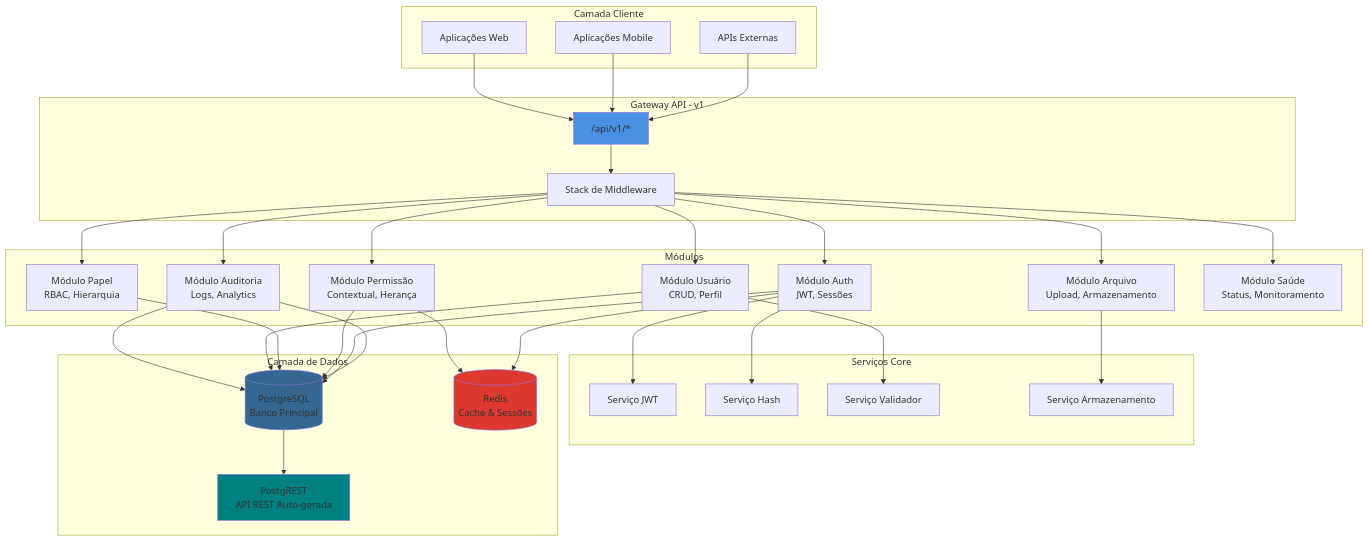
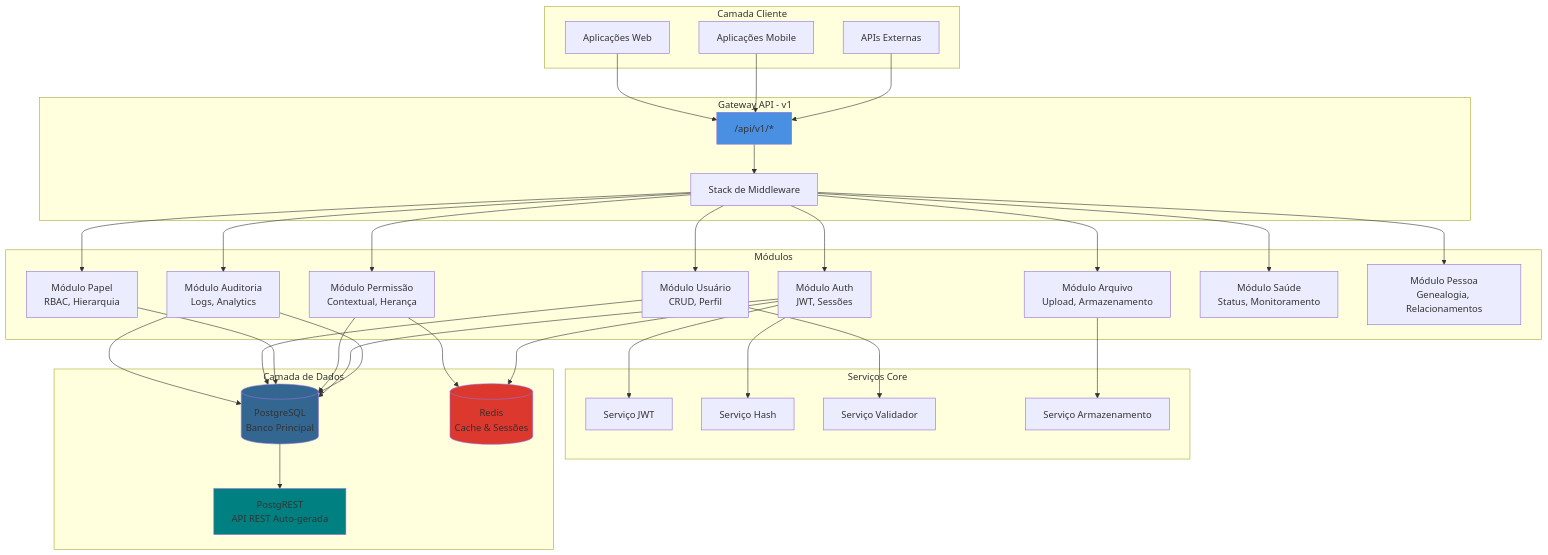
Before and after one commit to gabrielmaialva33/genscan-api: the first of 7 diagrams in README-pt.md, drawn with Mermaid. The commit also changed other lines of this file and 1 other file, not shown here.

````diff
--- a/README-pt.md
+++ b/README-pt.md
@@ -41,70 +41,72 @@
 ```mermaid
 graph TB
     subgraph "Camada Cliente"
         WEB[Aplicações Web]
         MOB[Aplicações Mobile]
         API[APIs Externas]
     end
 
     subgraph "Gateway API - v1"
         ROUTES["/api/v1/*"]
         MW[Stack de Middleware]
     end
 
     subgraph "Módulos"
         AUTH[Módulo Auth<br/>JWT, Sessões]
         USER[Módulo Usuário<br/>CRUD, Perfil]
         ROLE[Módulo Papel<br/>RBAC, Hierarquia]
         PERM[Módulo Permissão<br/>Contextual, Herança]
         FILE[Módulo Arquivo<br/>Upload, Armazenamento]
         AUDIT[Módulo Auditoria<br/>Logs, Analytics]
         HEALTH[Módulo Saúde<br/>Status, Monitoramento]
+        PERSON[Módulo Pessoa<br/>Genealogia, Relacionamentos]
     end
 
     subgraph "Serviços Core"
         JWT[Serviço JWT]
         HASH[Serviço Hash]
         VALIDATOR[Serviço Validador]
         STORAGE[Serviço Armazenamento]
     end
 
     subgraph "Camada de Dados"
         TS[(PostgreSQL<br/>Banco Principal)]
         REDIS[(Redis<br/>Cache & Sessões)]
         PGREST[PostgREST<br/>API REST Auto-gerada]
     end
 
     WEB --> ROUTES
     MOB --> ROUTES
     API --> ROUTES
 
     ROUTES --> MW
     MW --> AUTH
     MW --> USER
     MW --> ROLE
     MW --> PERM
     MW --> FILE
     MW --> AUDIT
     MW --> HEALTH
+    MW --> PERSON
 
     AUTH --> JWT
     AUTH --> HASH
     USER --> VALIDATOR
     FILE --> STORAGE
     PERM --> REDIS
     AUDIT --> TS
 
     USER --> TS
     ROLE --> TS
     PERM --> TS
     AUTH --> TS
     AUTH --> REDIS
     AUDIT --> TS
 
     TS --> PGREST
 
     style ROUTES fill:#4A90E2
     style TS fill:#336791
     style REDIS fill:#DC382D
     style PGREST fill:#008080
 ```
````
